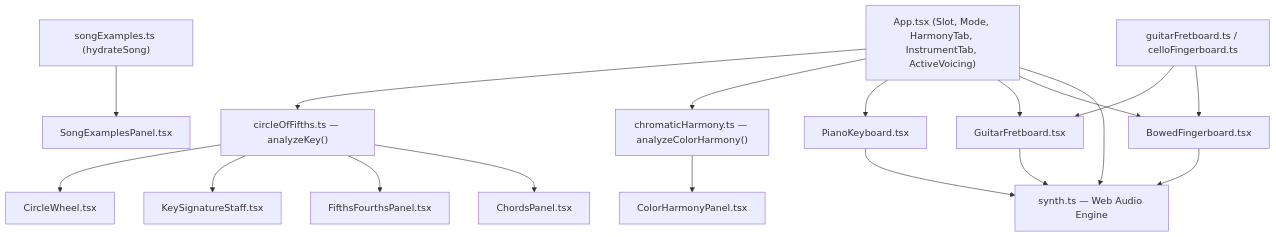
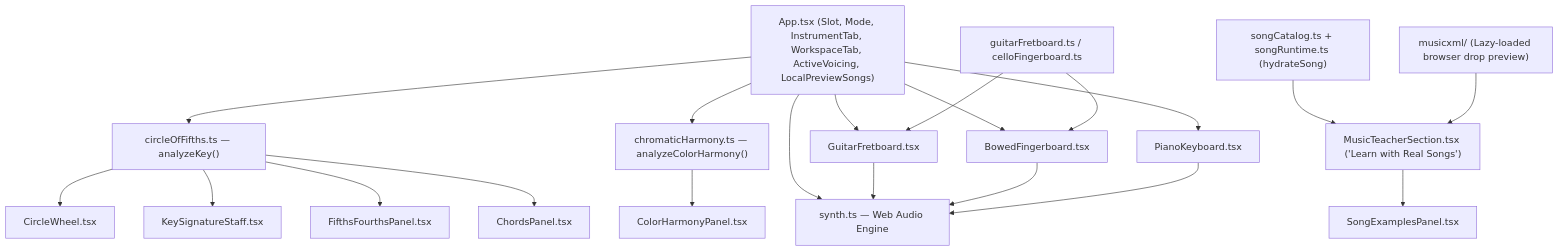
The diagram in docs/architecture.md (NewGuy012/musical-scales), drawn with Mermaid before and after one commit. The commit also changed other lines of this file and 2 other files, not shown here.

Commit message:
docs: merge transcription pipeline into architecture.md and document Music Teacher & MusicXML ingestion

````diff
--- a/docs/architecture.md
+++ b/docs/architecture.md
@@ -82,30 +85,34 @@
 ```mermaid
 flowchart TD
-    State["App.tsx (Slot, Mode, HarmonyTab, InstrumentTab, ActiveVoicing)"]
+    State["App.tsx (Slot, Mode, InstrumentTab, WorkspaceTab, ActiveVoicing, LocalPreviewSongs)"]
     Theory["circleOfFifths.ts — analyzeKey()"]
     ColorTheory["chromaticHarmony.ts — analyzeColorHarmony()"]
     Voicings["guitarFretboard.ts / celloFingerboard.ts"]
-    Songs["songExamples.ts (hydrateSong)"]
+    Songs["songCatalog.ts + songRuntime.ts (hydrateSong)"]
+    MusicXML["musicxml/ (Lazy-loaded browser drop preview)"]
     Synth["synth.ts — Web Audio Engine"]
 
     State --> Theory
     State --> ColorTheory
     Theory --> Wheel["CircleWheel.tsx"]
     Theory --> Staff["KeySignatureStaff.tsx"]
     Theory --> Neighbors["FifthsFourthsPanel.tsx"]
     Theory --> Chords["ChordsPanel.tsx"]
     ColorTheory --> ColorPanel["ColorHarmonyPanel.tsx"]
-    Songs --> SongPanel["SongExamplesPanel.tsx"]
+
+    Songs --> Teacher["MusicTeacherSection.tsx ('Learn with Real Songs')"]
+    MusicXML --> Teacher
+    Teacher --> SongPanel["SongExamplesPanel.tsx"]
 
     State --> Piano["PianoKeyboard.tsx"]
     State --> Guitar["GuitarFretboard.tsx"]
     State --> Bowed["BowedFingerboard.tsx"]
 
     Voicings --> Guitar
     Voicings --> Bowed
 
     State --> Synth
     Guitar --> Synth
     Bowed --> Synth
     Piano --> Synth
 ```
````
